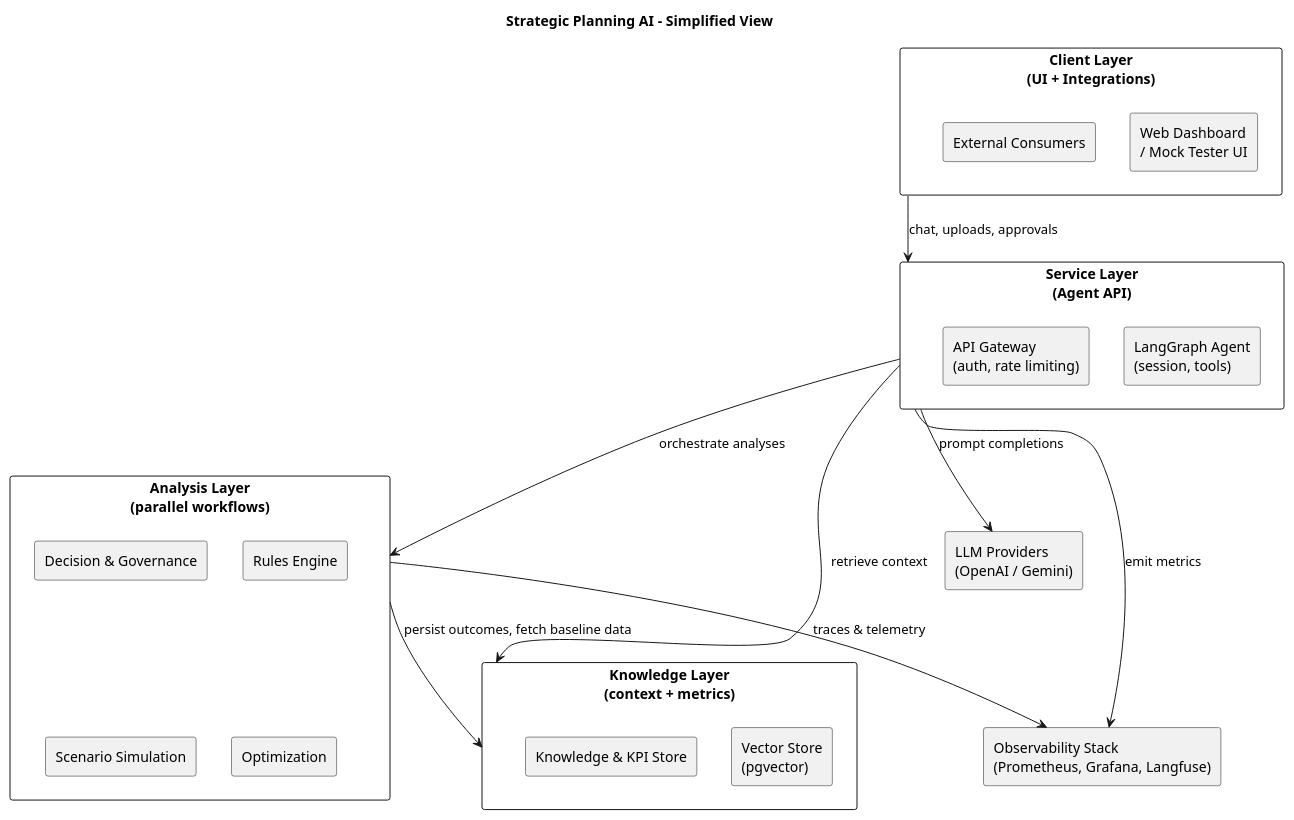
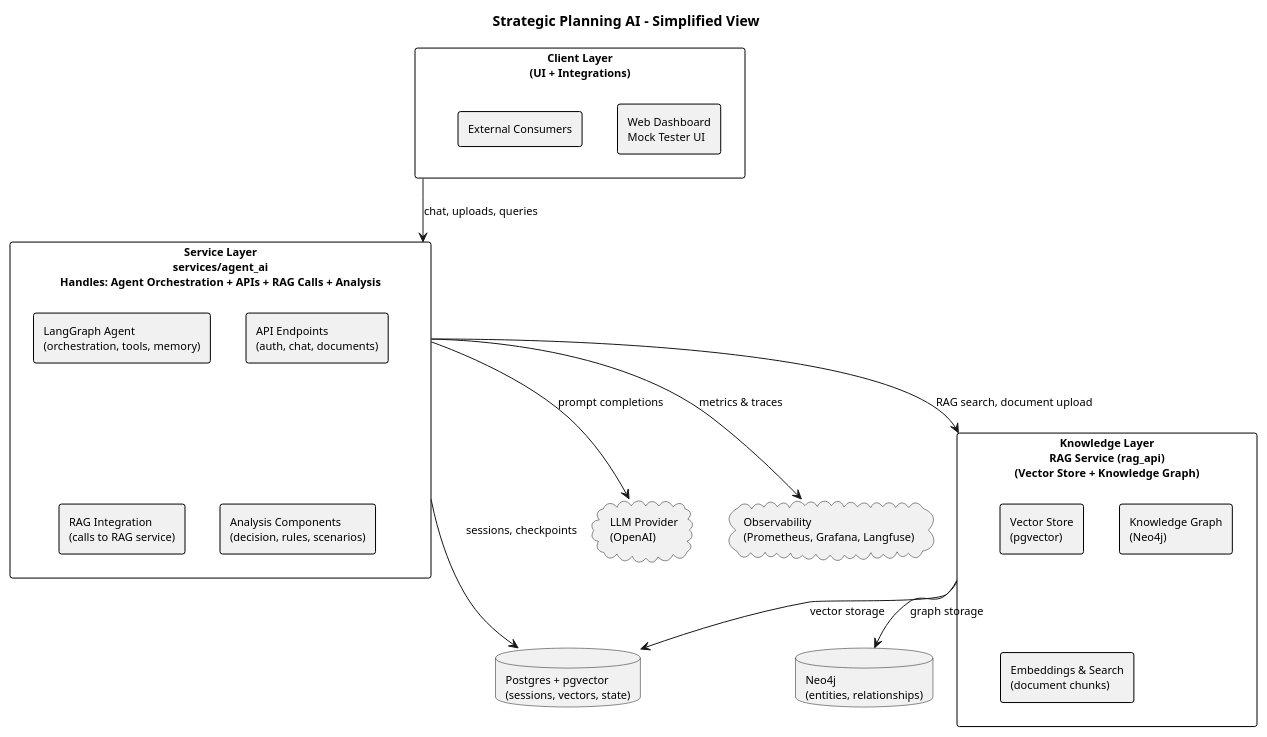
Before and after one commit to HenryNVP/strategic_planning_AI: the diagram in architecture/architecture_simplified.puml, drawn with PlantUML. The commit also changed 19 other files, not shown here.

Commit message:
simplified architecture

```diff
--- a/architecture/architecture_simplified.puml
+++ b/architecture/architecture_simplified.puml
@@ -1,41 +1,44 @@
 @startuml architecture_simplified
 title Strategic Planning AI – Simplified View
 
 skinparam shadowing false
-skinparam defaultFontName "Segoe UI"
+skinparam defaultFontName Arial
+skinparam defaultFontSize 11
 skinparam packageStyle rectangle
+skinparam rectangle {
+  BorderColor #000000
+  BorderThickness 1
+}
 
 rectangle "Client Layer\n(UI + Integrations)" as CLIENT {
-  rectangle "Web Dashboard\n/ Mock Tester UI" as UI
+  rectangle "Web Dashboard\nMock Tester UI" as UI
   rectangle "External Consumers" as EXT
 }
 
-rectangle "Service Layer\n(Agent API)" as SERVICE {
-  rectangle "LangGraph Agent\n(session, tools)" as AGENT
-  rectangle "API Gateway\n(auth, rate limiting)" as GATEWAY
+rectangle "Service Layer\nservices/agent_ai\nHandles: Agent Orchestration + APIs + RAG Calls + Analysis" as SERVICE {
+  rectangle "LangGraph Agent\n(orchestration, tools, memory)" as AGENT
+  rectangle "API Endpoints\n(auth, chat, documents)" as APIS
+  rectangle "RAG Integration\n(calls to RAG service)" as RAG_INT
+  rectangle "Analysis Components\n(decision, rules, scenarios)" as ANALYSIS_COMP
 }
 
-rectangle "Analysis Layer\n(parallel workflows)" as ANALYSIS {
-  rectangle "Decision & Governance" as DECISION
-  rectangle "Rules Engine" as RULES
-  rectangle "Scenario Simulation" as SCENARIO
-  rectangle "Optimization" as OPTIM
+rectangle "Knowledge Layer\nRAG Service (rag_api)\n(Vector Store + Knowledge Graph)" as KNOWLEDGE {
+  rectangle "Vector Store\n(pgvector)" as VSTORE
+  rectangle "Knowledge Graph\n(Neo4j)" as KGRAPH
+  rectangle "Embeddings & Search\n(document chunks)" as SEARCH
 }
 
-rectangle "Knowledge Layer\n(context + metrics)" as KNOWLEDGE {
-  rectangle "Vector Store\n(pgvector)" as VSTORE
-  rectangle "Knowledge & KPI Store" as KPI
-}
+database "Postgres + pgvector\n(sessions, vectors, state)" as DB
+database "Neo4j\n(entities, relationships)" as NEO4J
+cloud "LLM Provider\n(OpenAI)" as LLM
+cloud "Observability\n(Prometheus, Grafana, Langfuse)" as OBS
 
-rectangle "LLM Providers\n(OpenAI / Gemini)" as LLM
-rectangle "Observability Stack\n(Prometheus, Grafana, Langfuse)" as OBS
-
-CLIENT --> SERVICE : chat, uploads, approvals
-SERVICE --> ANALYSIS : orchestrate analyses
-SERVICE --> KNOWLEDGE : retrieve context
-ANALYSIS --> KNOWLEDGE : persist outcomes, fetch baseline data
+CLIENT --> SERVICE : chat, uploads, queries
+SERVICE --> KNOWLEDGE : RAG search, document upload
+SERVICE --> DB : sessions, checkpoints
+KNOWLEDGE --> DB : vector storage
+KNOWLEDGE --> NEO4J : graph storage
 SERVICE --> LLM : prompt completions
-SERVICE --> OBS : emit metrics
-ANALYSIS --> OBS : traces & telemetry
+SERVICE --> OBS : metrics & traces
 
 @enduml
```
